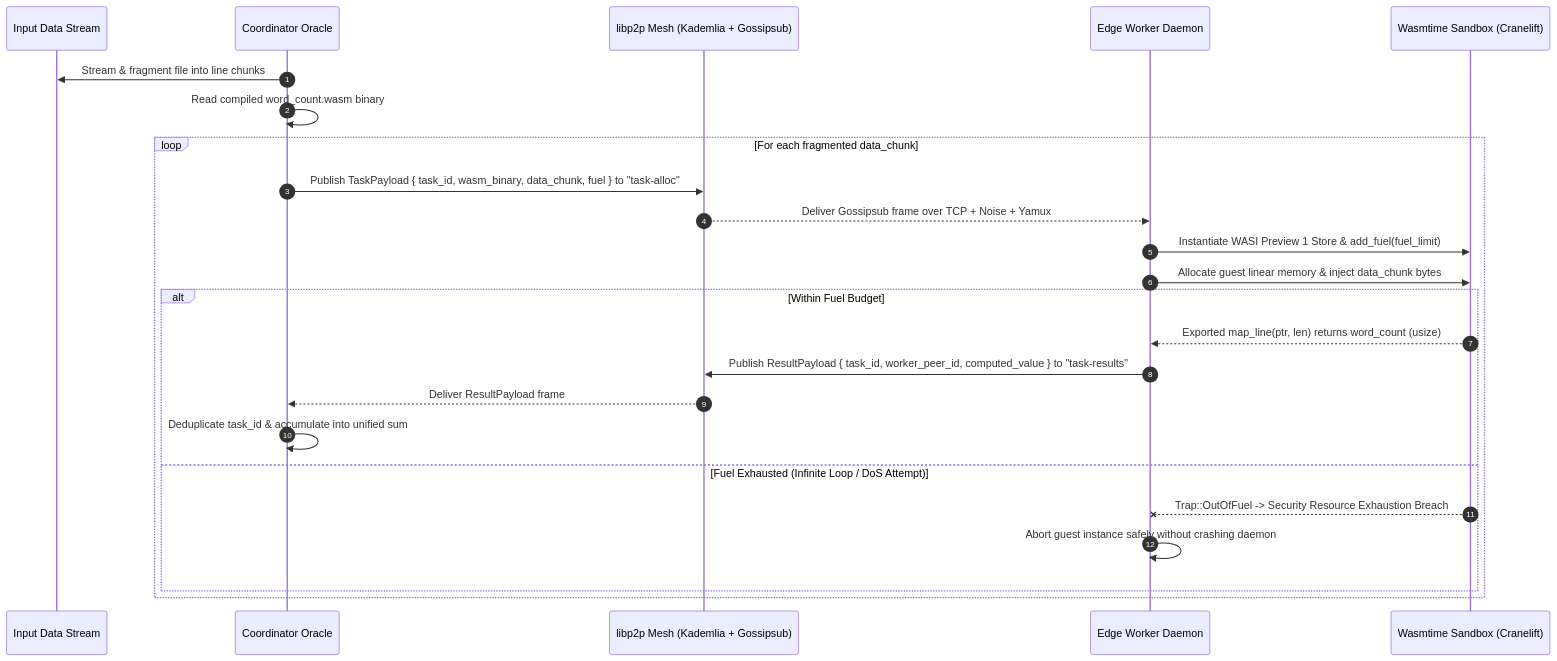
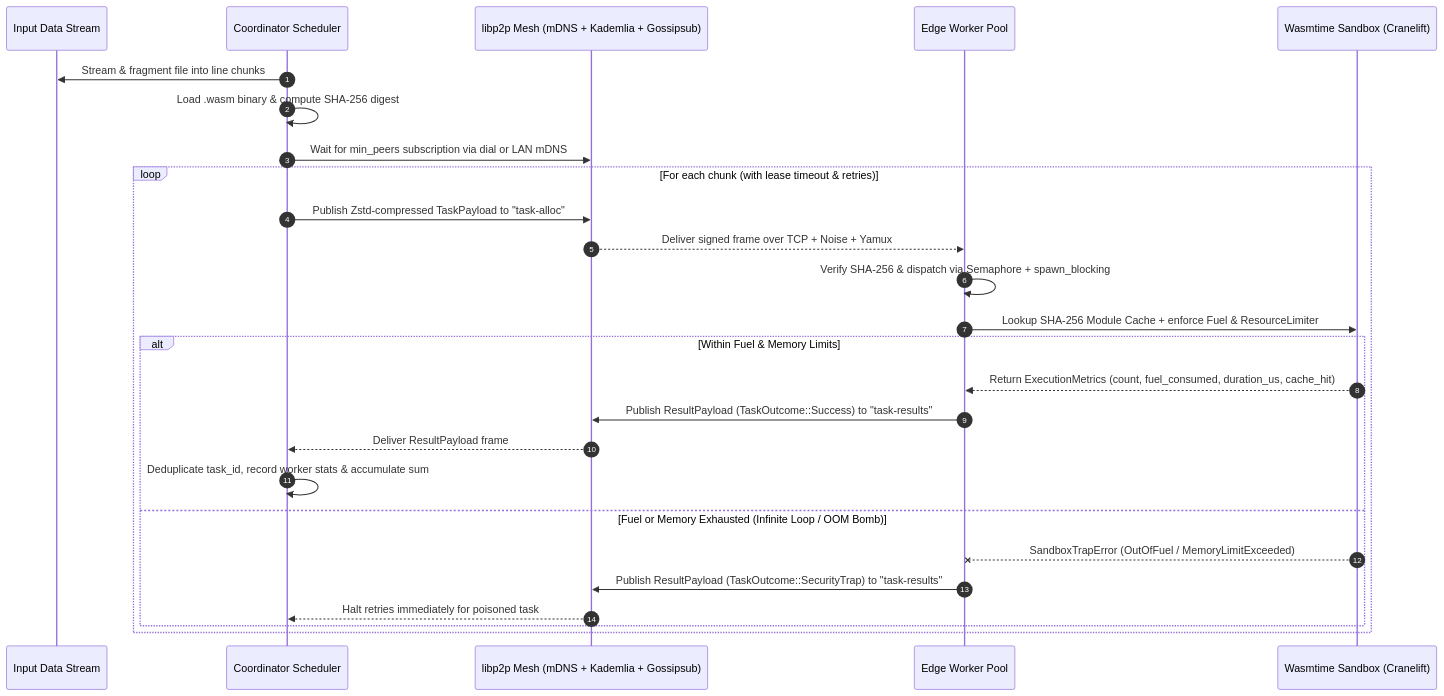
One commit to AM4517UMOR4NG/Nitro-Compute changed the second of 2 diagrams in README.md. Above: the diagram before and after it, drawn with Mermaid. The commit also changed other lines of this file, not shown here.

Commit message:
docs(readme): update README for v0.2.0 architecture, security guards, and CLI flags

````diff
--- a/README.md
+++ b/README.md
@@ -90,27 +91,29 @@
 ```mermaid
 sequenceDiagram
     autonumber
     participant FS as Input Data Stream
-    participant Coord as Coordinator Oracle
-    participant Mesh as libp2p Mesh (Kademlia + Gossipsub)
-    participant Worker as Edge Worker Daemon
+    participant Coord as Coordinator Scheduler
+    participant Mesh as libp2p Mesh (mDNS + Kademlia + Gossipsub)
+    participant Worker as Edge Worker Pool
     participant Sandbox as Wasmtime Sandbox (Cranelift)
 
     Coord->>FS: Stream & fragment file into line chunks
-    Coord->>Coord: Read compiled word_count.wasm binary
-    loop For each fragmented data_chunk
-        Coord->>Mesh: Publish TaskPayload { task_id, wasm_binary, data_chunk, fuel } to "task-alloc"
-        Mesh-->>Worker: Deliver Gossipsub frame over TCP + Noise + Yamux
-        Worker->>Sandbox: Instantiate WASI Preview 1 Store & add_fuel(fuel_limit)
-        Worker->>Sandbox: Allocate guest linear memory & inject data_chunk bytes
-        alt Within Fuel Budget
-            Sandbox-->>Worker: Exported map_line(ptr, len) returns word_count (usize)
-            Worker->>Mesh: Publish ResultPayload { task_id, worker_peer_id, computed_value } to "task-results"
+    Coord->>Coord: Load .wasm binary & compute SHA-256 digest
+    Coord->>Mesh: Wait for min_peers subscription via dial or LAN mDNS
+    loop For each chunk (with lease timeout & retries)
+        Coord->>Mesh: Publish Zstd-compressed TaskPayload to "task-alloc"
+        Mesh-->>Worker: Deliver signed frame over TCP + Noise + Yamux
+        Worker->>Worker: Verify SHA-256 & dispatch via Semaphore + spawn_blocking
+        Worker->>Sandbox: Lookup SHA-256 Module Cache + enforce Fuel & ResourceLimiter
+        alt Within Fuel & Memory Limits
+            Sandbox-->>Worker: Return ExecutionMetrics (count, fuel_consumed, duration_us, cache_hit)
+            Worker->>Mesh: Publish ResultPayload (TaskOutcome::Success) to "task-results"
             Mesh-->>Coord: Deliver ResultPayload frame
-            Coord->>Coord: Deduplicate task_id & accumulate into unified sum
-        else Fuel Exhausted (Infinite Loop / DoS Attempt)
-            Sandbox--xWorker: Trap::OutOfFuel -> Security Resource Exhaustion Breach
-            Worker->>Worker: Abort guest instance safely without crashing daemon
+            Coord->>Coord: Deduplicate task_id, record worker stats & accumulate sum
+        else Fuel or Memory Exhausted (Infinite Loop / OOM Bomb)
+            Sandbox--xWorker: SandboxTrapError (OutOfFuel / MemoryLimitExceeded)
+            Worker->>Mesh: Publish ResultPayload (TaskOutcome::SecurityTrap) to "task-results"
+            Mesh-->>Coord: Halt retries immediately for poisoned task
         end
     end
 ```
````
